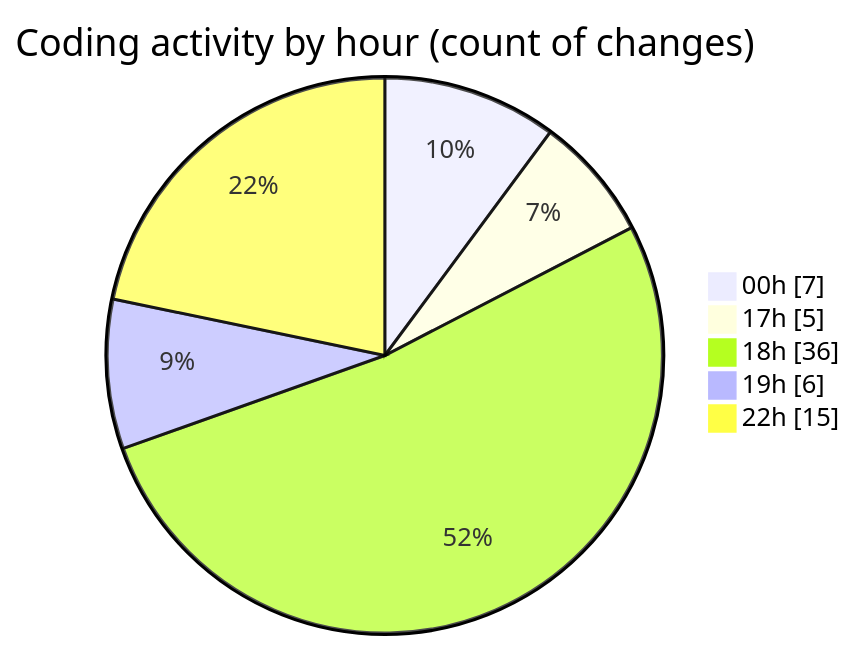
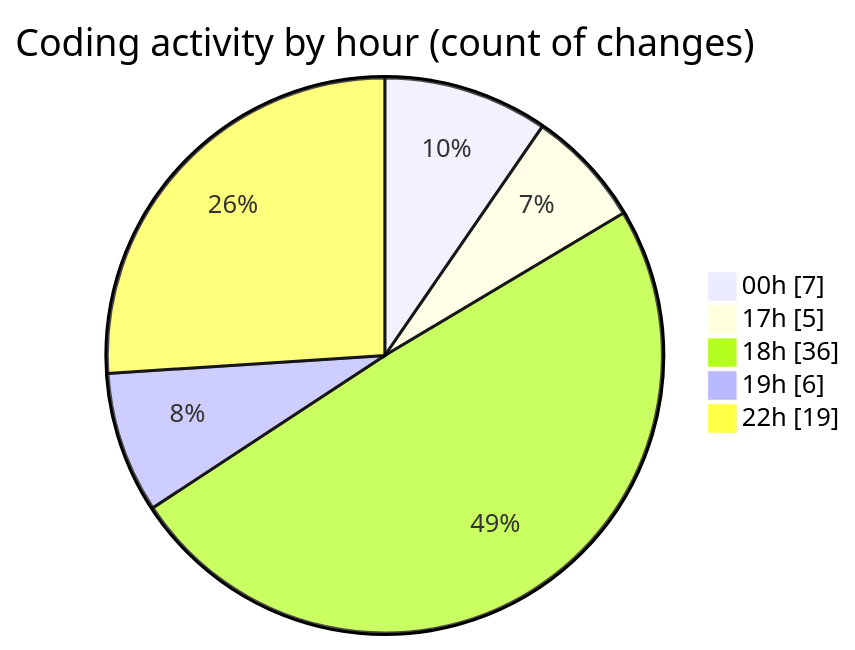
The second of 2 diagrams in 2025-05-25/elitesun/README.md (Elitesun/code-tracking), drawn with Mermaid before and after one commit. The commit also changed other lines of this file and 1 other file, not shown here.

````diff
--- a/2025-05-25/elitesun/README.md
+++ b/2025-05-25/elitesun/README.md
@@ -42,9 +43,9 @@
 ```mermaid
 pie showData
 title Coding activity by hour (count of changes)
 "00h" : 7
 "17h" : 5
 "18h" : 36
 "19h" : 6
-"22h" : 15
+"22h" : 19
 ```
````
